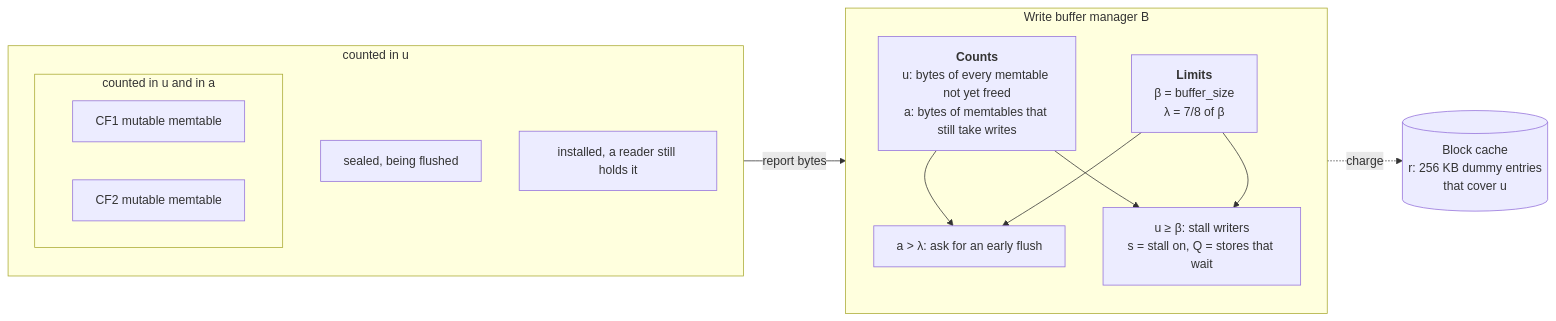
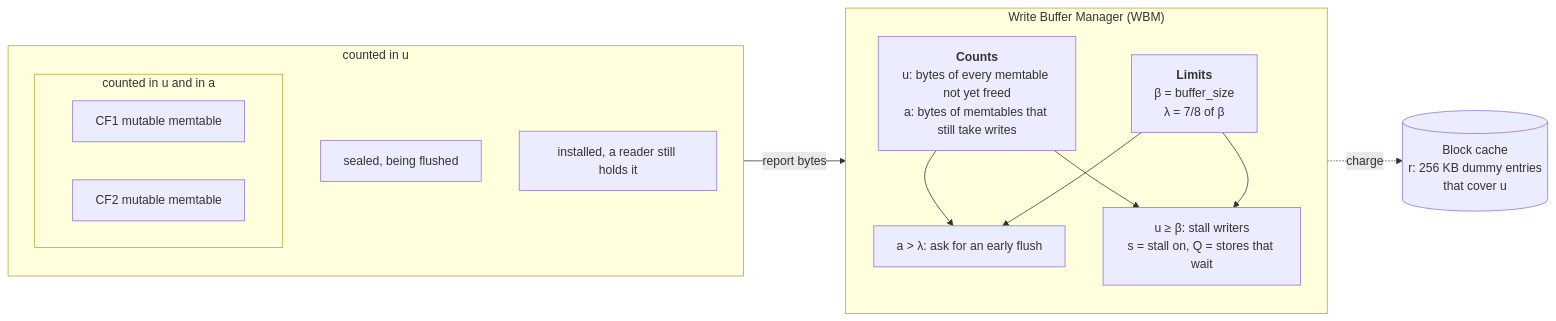
Before and after one commit to rupashreeh/verify_compaction: the first of 3 diagrams in algorithm/writebuffer/writebuffer.md, drawn with Mermaid. The commit also changed other lines of this file and 9 other files, not shown here.

````diff
--- a/algorithm/writebuffer/writebuffer.md
+++ b/algorithm/writebuffer/writebuffer.md
@@ -40,26 +40,26 @@
 ```mermaid
 flowchart LR
     subgraph U["counted in u"]
         direction TB
         subgraph A["counted in u and in a"]
             M1["CF1 mutable memtable"]
             M2["CF2 mutable memtable"]
         end
         S1["sealed, being flushed"]
         H1["installed, a reader still holds it"]
     end
-    subgraph B["Write buffer manager B"]
+    subgraph B["Write Buffer Manager (WBM)"]
         direction TB
         K["<b>Counts</b><br/>u: bytes of every memtable not yet freed<br/>a: bytes of memtables that still take writes"]
         L["<b>Limits</b><br/>β = buffer_size<br/>λ = 7/8 of β"]
         F["a > λ: ask for an early flush"]
         T["u ≥ β: stall writers<br/>s = stall on, Q = stores that wait"]
         K --> F
         K --> T
         L --> F
         L --> T
     end
     C[("Block cache<br/>r: 256 KB dummy entries<br/>that cover u")]
     U -- "report bytes" --> K
     K -. "charge" .-> C
 ```
````
